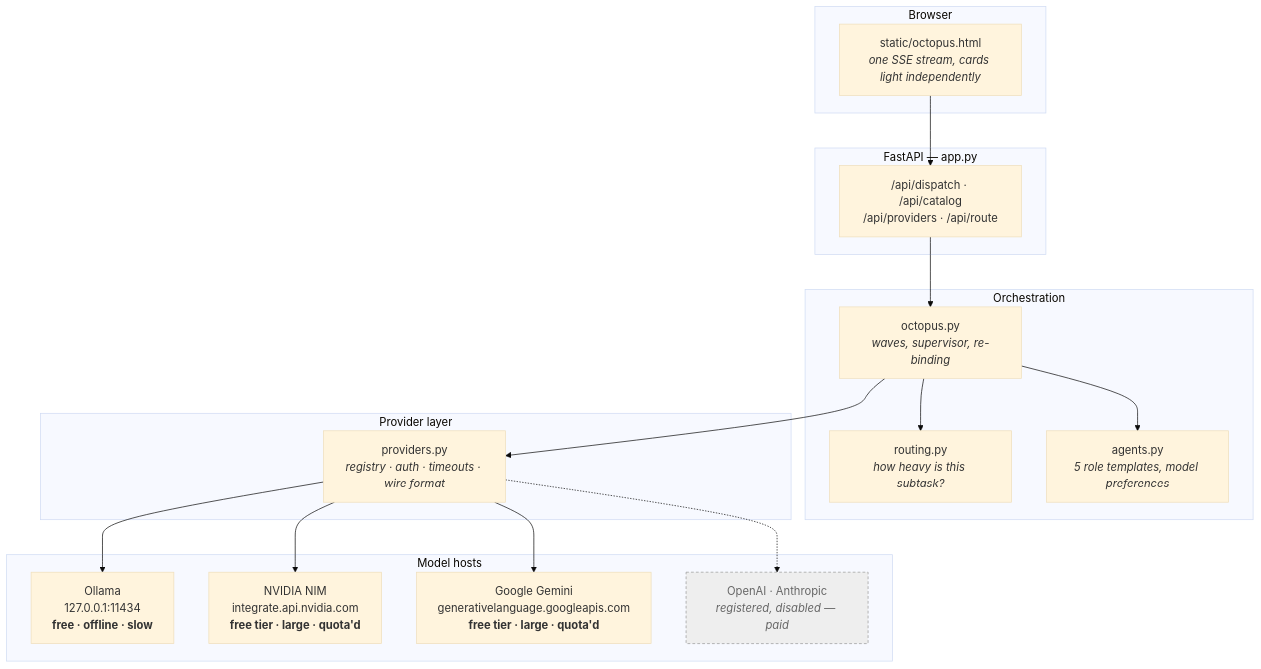
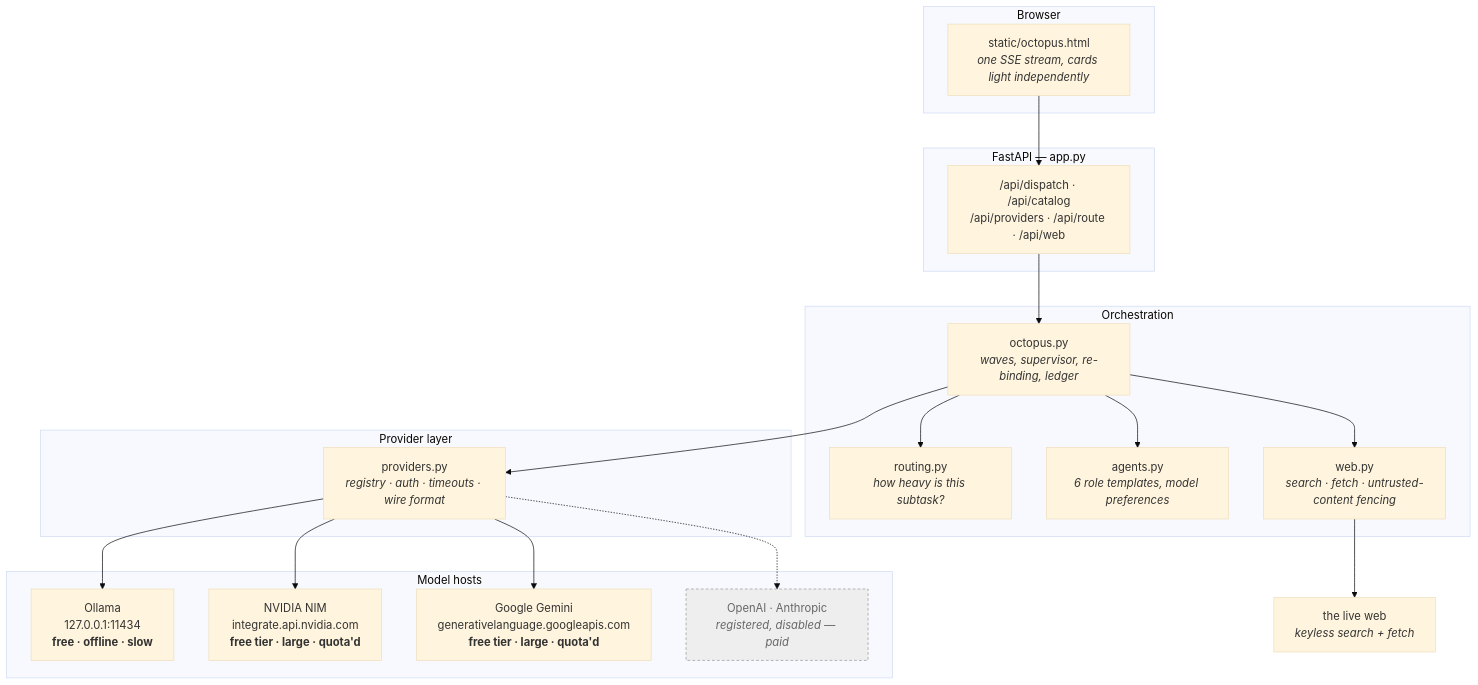
Before and after one commit to Bablu-singh/octopus-nim: the first of 5 diagrams in docs/ARCHITECTURE.md, drawn with Mermaid (base theme). The commit also changed other lines of this file and 3 other files, not shown here.

First line of the commit message:
Document the whole system: providers, routing, cost, limits, web

````diff
--- a/docs/ARCHITECTURE.md
+++ b/docs/ARCHITECTURE.md
@@ -18,39 +23,42 @@
 ```mermaid
 flowchart TB
     subgraph browser["Browser"]
         UI["static/octopus.html<br/><i>one SSE stream, cards light independently</i>"]
     end
 
     subgraph server["FastAPI — app.py"]
-        API["/api/dispatch · /api/catalog<br>/api/providers · /api/route"]
+        API["/api/dispatch · /api/catalog<br>/api/providers · /api/route · /api/web"]
     end
 
     subgraph brain["Orchestration"]
-        OCT["octopus.py<br/><i>waves, supervisor, re-binding</i>"]
+        OCT["octopus.py<br/><i>waves, supervisor, re-binding, ledger</i>"]
         ROUTE["routing.py<br/><i>how heavy is this subtask?</i>"]
-        AG["agents.py<br/><i>5 role templates, model preferences</i>"]
+        AG["agents.py<br/><i>6 role templates, model preferences</i>"]
+        WEB["web.py<br/><i>search · fetch · untrusted-content fencing</i>"]
     end
 
     subgraph transport["Provider layer"]
         PROV["providers.py<br/><i>registry · auth · timeouts · wire format</i>"]
     end
 
     subgraph outside["Model hosts"]
         LOCAL["Ollama<br/>127.0.0.1:11434<br/><b>free · offline · slow</b>"]
         NIM["NVIDIA NIM<br/>integrate.api.nvidia.com<br/><b>free tier · large · quota'd</b>"]
         GEM["Google Gemini<br/>generativelanguage.googleapis.com<br/><b>free tier · large · quota'd</b>"]
         FUTURE["OpenAI · Anthropic<br/><i>registered, disabled — paid</i>"]
     end
 
     UI --> API --> OCT
     OCT --> ROUTE
     OCT --> AG
+    OCT --> WEB
     OCT --> PROV
+    WEB --> INET["the live web<br/><i>keyless search + fetch</i>"]
     PROV --> LOCAL
     PROV --> NIM
     PROV --> GEM
     PROV -.-> FUTURE
 
     classDef off fill:#eee,stroke:#999,color:#666,stroke-dasharray:4 3
     class FUTURE off
 ```
````
